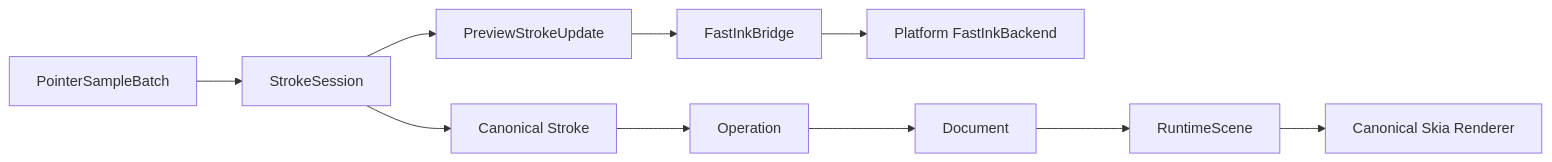
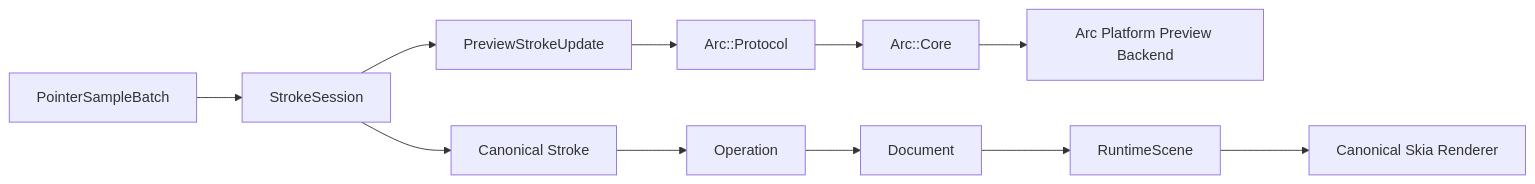
One commit to Mostorm-Labs/Axiom changed the second of 3 diagrams in docs/architecture/SYSTEM_ARCHITECTURE.md. Above: the diagram before and after it, drawn with Mermaid. The commit also changed other lines of this file and 48 other files, not shown here.

First line of the commit message:
POC-06: establish Arc FastInk integration boundary (#25)

````diff
--- a/docs/architecture/SYSTEM_ARCHITECTURE.md
+++ b/docs/architecture/SYSTEM_ARCHITECTURE.md
@@ -497,12 +497,13 @@
 ```mermaid
 flowchart LR
   Samples["PointerSampleBatch"] --> Session["StrokeSession"]
   Session --> Preview["PreviewStrokeUpdate"]
   Session --> Canonical["Canonical Stroke"]
-  Preview --> Bridge["FastInkBridge"]
-  Bridge --> Platform["Platform FastInkBackend"]
+  Preview --> Protocol["Arc::Protocol"]
+  Protocol --> Bridge["Arc::Core"]
+  Bridge --> Platform["Arc Platform Preview Backend"]
   Canonical --> Ops["Operation"]
   Ops --> Doc["Document"]
   Doc --> Scene["RuntimeScene"]
   Scene --> Skia["Canonical Skia Renderer"]
 ```
````
